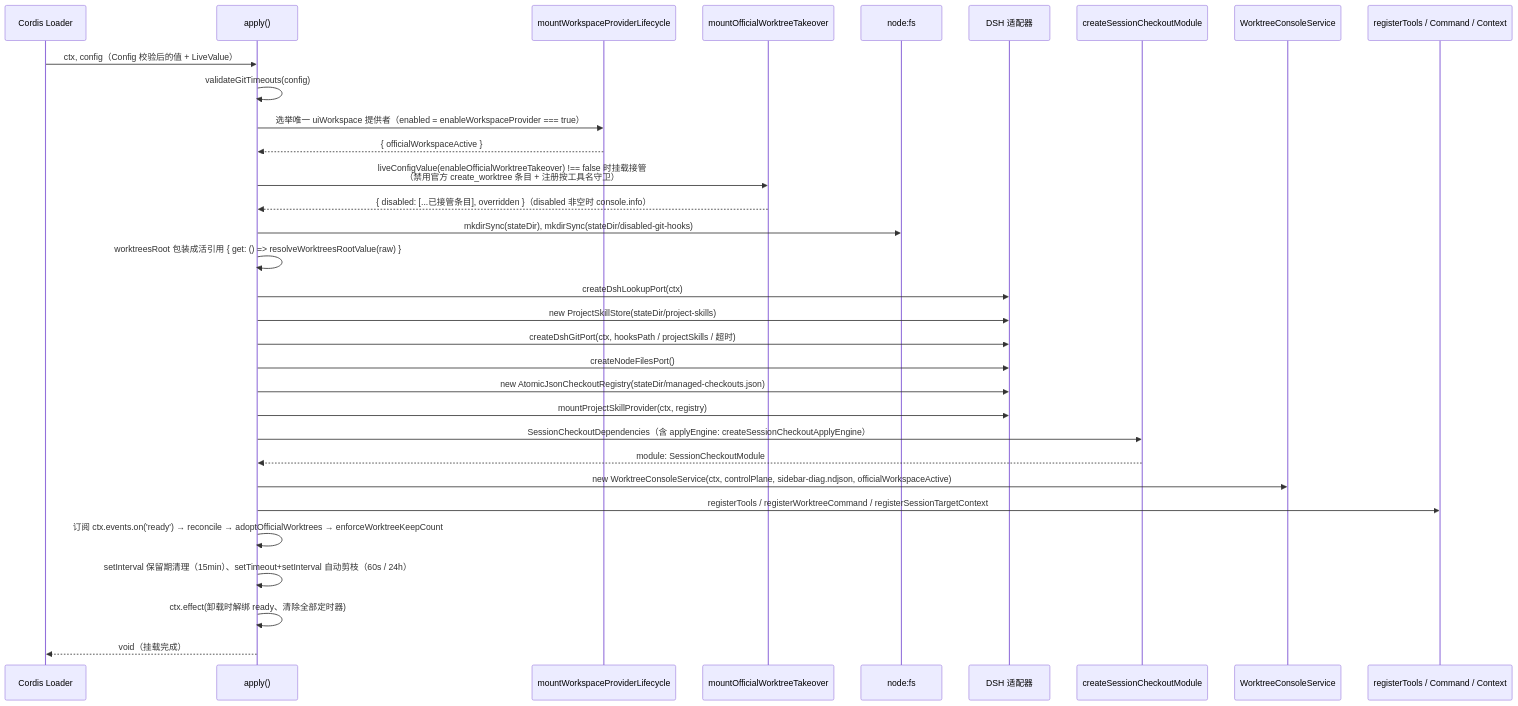
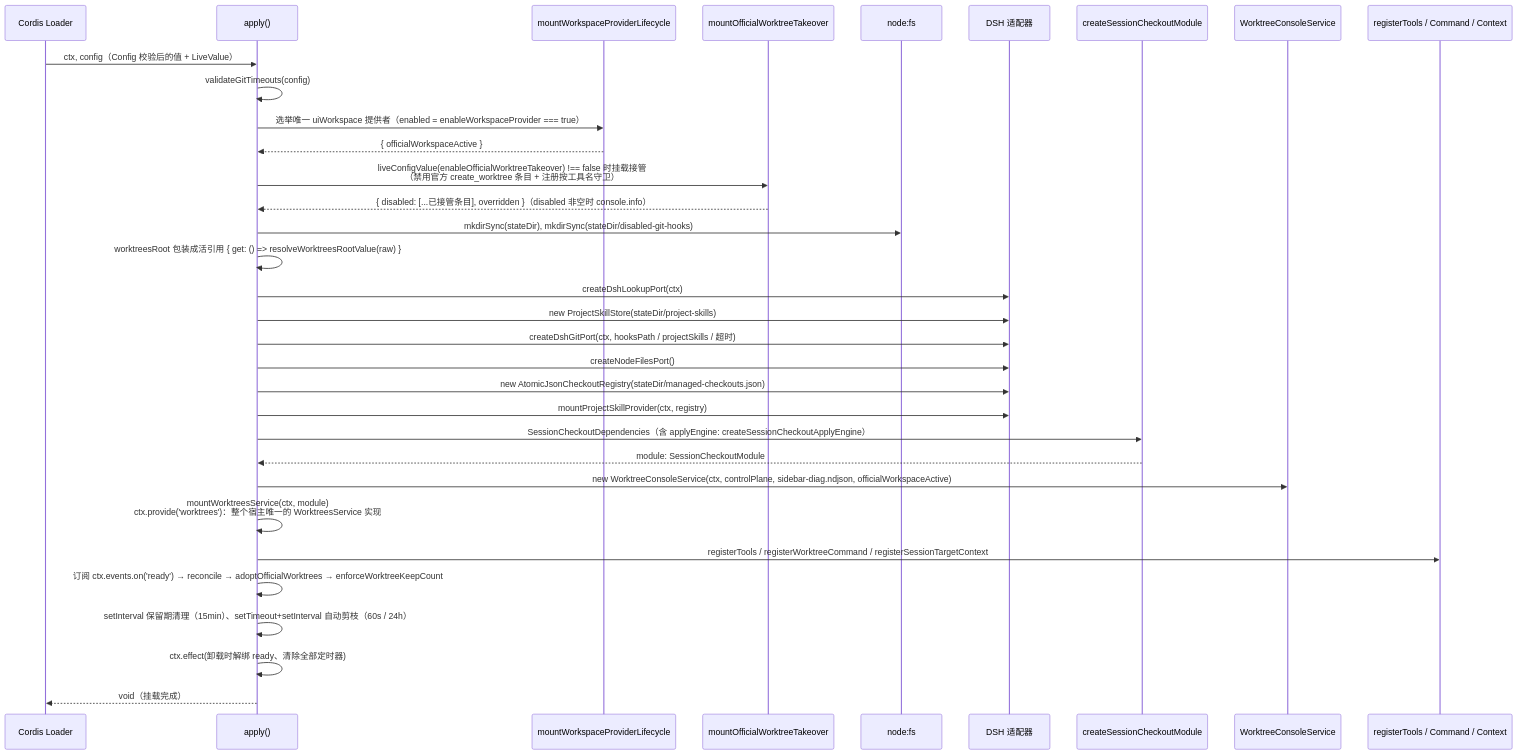
The third of 7 diagrams in .codewiki/modules/src-index-ts.md (ikliml666/dsh-git-workspace), drawn with Mermaid before and after one commit. The commit also changed other lines of this file and 60 other files, not shown here.

````diff
--- a/.codewiki/modules/src-index-ts.md
+++ b/.codewiki/modules/src-index-ts.md
@@ -214,35 +217,36 @@
 ```mermaid
 sequenceDiagram
     participant L as Cordis Loader
     participant E as apply()
     participant W as mountWorkspaceProviderLifecycle
     participant T as mountOfficialWorktreeTakeover
     participant FS as node:fs
     participant A as DSH 适配器
     participant M as createSessionCheckoutModule
     participant C as WorktreeConsoleService
     participant R as registerTools / Command / Context
 
     L->>E: ctx, config（Config 校验后的值 + LiveValue）
     E->>E: validateGitTimeouts(config)
     E->>W: 选举唯一 uiWorkspace 提供者（enabled = enableWorkspaceProvider === true）
     W-->>E: { officialWorkspaceActive }
     E->>T: liveConfigValue(enableOfficialWorktreeTakeover) !== false 时挂载接管<br/>（禁用官方 create_worktree 条目 + 注册按工具名守卫）
     T-->>E: { disabled: [...已接管条目], overridden }（disabled 非空时 console.info）
     E->>FS: mkdirSync(stateDir), mkdirSync(stateDir/disabled-git-hooks)
     E->>E: worktreesRoot 包装成活引用 { get: () => resolveWorktreesRootValue(raw) }
     E->>A: createDshLookupPort(ctx)
     E->>A: new ProjectSkillStore(stateDir/project-skills)
     E->>A: createDshGitPort(ctx, hooksPath / projectSkills / 超时)
     E->>A: createNodeFilesPort()
     E->>A: new AtomicJsonCheckoutRegistry(stateDir/managed-checkouts.json)
     E->>A: mountProjectSkillProvider(ctx, registry)
     E->>M: SessionCheckoutDependencies（含 applyEngine: createSessionCheckoutApplyEngine）
     M-->>E: module: SessionCheckoutModule
     E->>C: new WorktreeConsoleService(ctx, controlPlane, sidebar-diag.ndjson, officialWorkspaceActive)
+    E->>E: mountWorktreesService(ctx, module)<br/>ctx.provide('worktrees')：整个宿主唯一的 WorktreesService 实现
     E->>R: registerTools / registerWorktreeCommand / registerSessionTargetContext
     E->>E: 订阅 ctx.events.on('ready') → reconcile → adoptOfficialWorktrees → enforceWorktreeKeepCount
     E->>E: setInterval 保留期清理（15min）、setTimeout+setInterval 自动剪枝（60s / 24h）
     E->>E: ctx.effect(卸载时解绑 ready、清除全部定时器)
     E-->>L: void（挂载完成）
 ```
````
